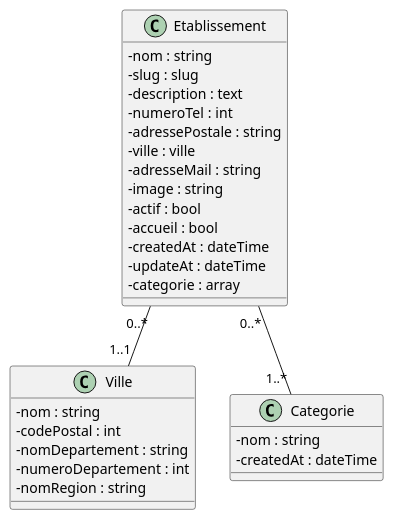
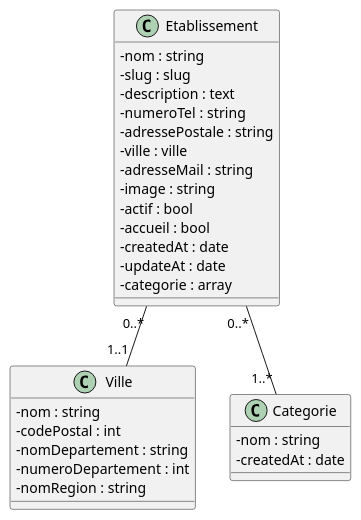
The diagram in documentation/diagrammedeclasse.puml (Zeqhz/fctourisme), drawn with PlantUML before and after one commit. The commit also changed 8 other files, not shown here.

```diff
--- a/documentation/diagrammedeclasse.puml
+++ b/documentation/diagrammedeclasse.puml
@@ -1,37 +1,37 @@
 @startuml
 'https://plantuml.com/class-diagram
 skinparam classAttributeIconSize 0
 
 class Etablissement {
 - nom : string
 - slug : slug
 - description : text
-- numeroTel : int
+- numeroTel : string
 - adressePostale : string
 - ville : ville
 - adresseMail : string
 - image : string
 - actif : bool
 - accueil : bool
-- createdAt : dateTime
-- updateAt : dateTime
+- createdAt : date
+- updateAt : date
 - categorie : array
 }
 
 class Ville {
 - nom : string
 - codePostal : int
 - nomDepartement : string
 - numeroDepartement : int
 - nomRegion : string
 }
 
 class Categorie {
 - nom : string
-- createdAt : dateTime
+- createdAt : date
 }
 
 Etablissement "0..*"--"1..*" Categorie
 Etablissement "0..*"--"1..1" Ville
 
 @enduml
```
